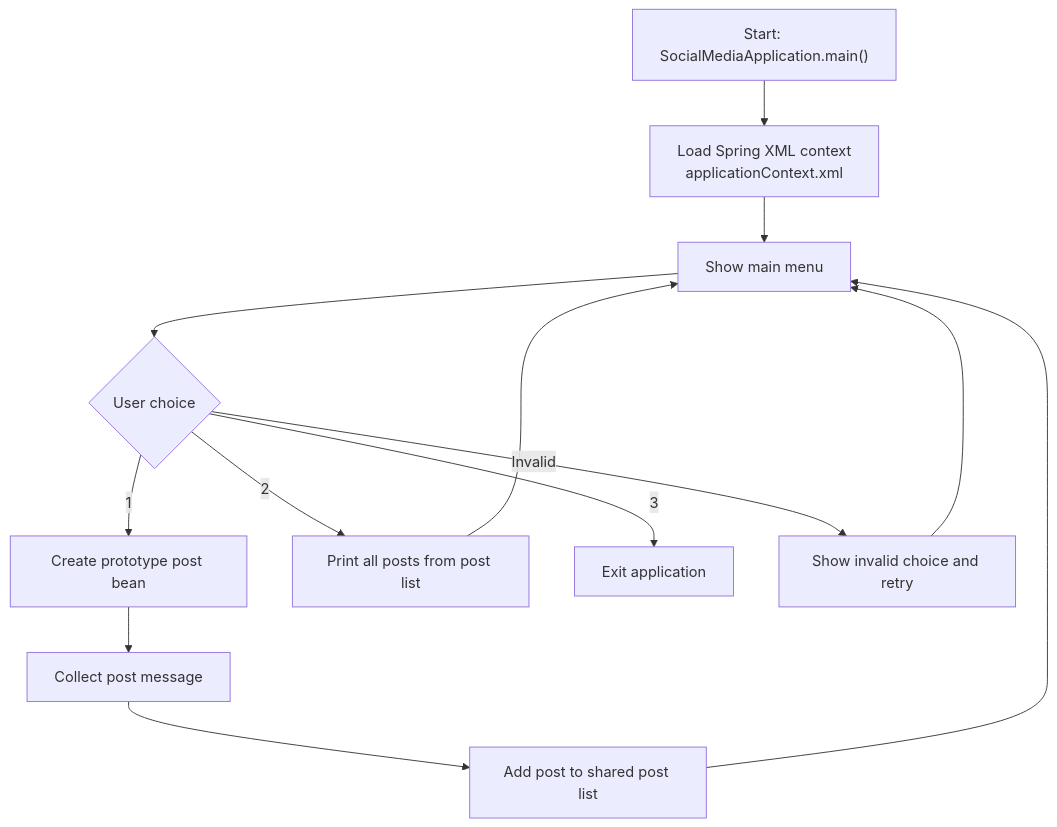
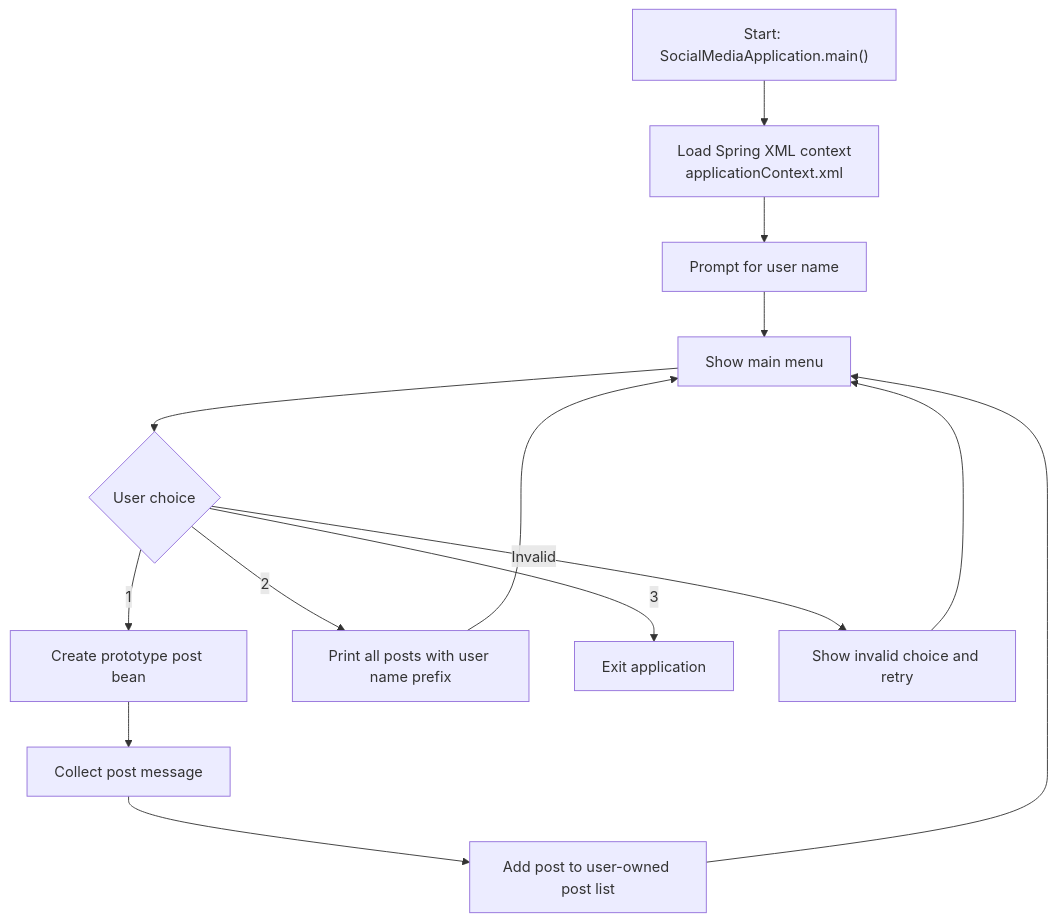
Before and after one commit to byte2code/social-media-posts: the diagram in README.md, drawn with Mermaid. The commit also changed other lines of this file and 8 other files, not shown here.

Commit message:
Add user-aware post workflow for v2

````diff
--- a/README.md
+++ b/README.md
@@ -37,15 +39,16 @@
 ```mermaid
 flowchart TD
     A["Start: SocialMediaApplication.main()"] --> B["Load Spring XML context<br/>applicationContext.xml"]
-    B --> C["Show main menu"]
-    C --> D{"User choice"}
-    D -->|"1"| E["Create prototype post bean"]
-    E --> F["Collect post message"]
-    F --> G["Add post to shared post list"]
-    G --> C
-    D -->|"2"| H["Print all posts from post list"]
-    H --> C
-    D -->|"3"| I["Exit application"]
-    D -->|"Invalid"| J["Show invalid choice and retry"]
-    J --> C
+    B --> C["Prompt for user name"]
+    C --> D["Show main menu"]
+    D --> E{"User choice"}
+    E -->|"1"| F["Create prototype post bean"]
+    F --> G["Collect post message"]
+    G --> H["Add post to user-owned post list"]
+    H --> D
+    E -->|"2"| I["Print all posts with user name prefix"]
+    I --> D
+    E -->|"3"| J["Exit application"]
+    E -->|"Invalid"| K["Show invalid choice and retry"]
+    K --> D
 ```
````
